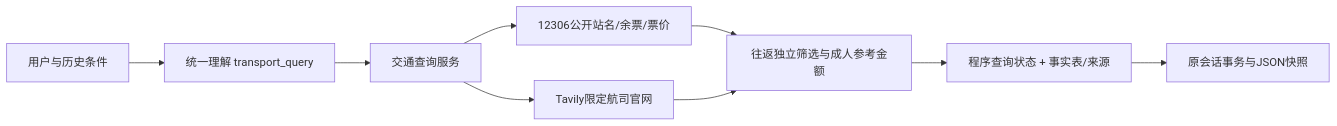
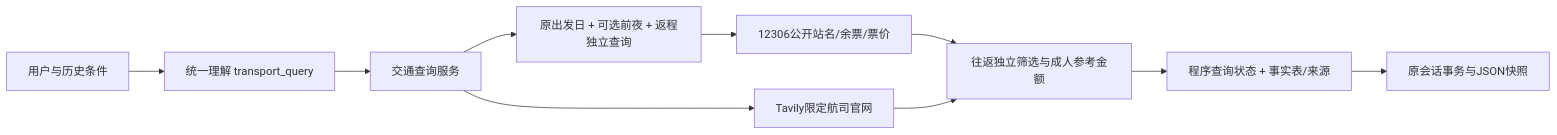
One commit to Charlie-acher/TravelMindAI changed diagram 23 of 24 in docs/08-架构设计说明.md. Above: the diagram before and after it, drawn with Mermaid. The commit also changed other lines of this file and 21 other files, not shown here.

````diff
--- a/docs/08-架构设计说明.md
+++ b/docs/08-架构设计说明.md
@@ -2303,11 +2303,12 @@
 ```mermaid
 flowchart LR
   U[用户与历史条件] --> T[统一理解 transport_query]
   T --> Q[交通查询服务]
-  Q --> R[12306公开站名/余票/票价]
+  Q --> D[原出发日 + 可选前夜 + 返程独立查询]
+  D --> R[12306公开站名/余票/票价]
   Q --> F[Tavily限定航司官网]
   R --> S[往返独立筛选与成人参考金额]
   F --> S
   S --> A[程序查询状态 + 事实表/来源]
   A --> H[原会话事务与JSON快照]
 ```
````
